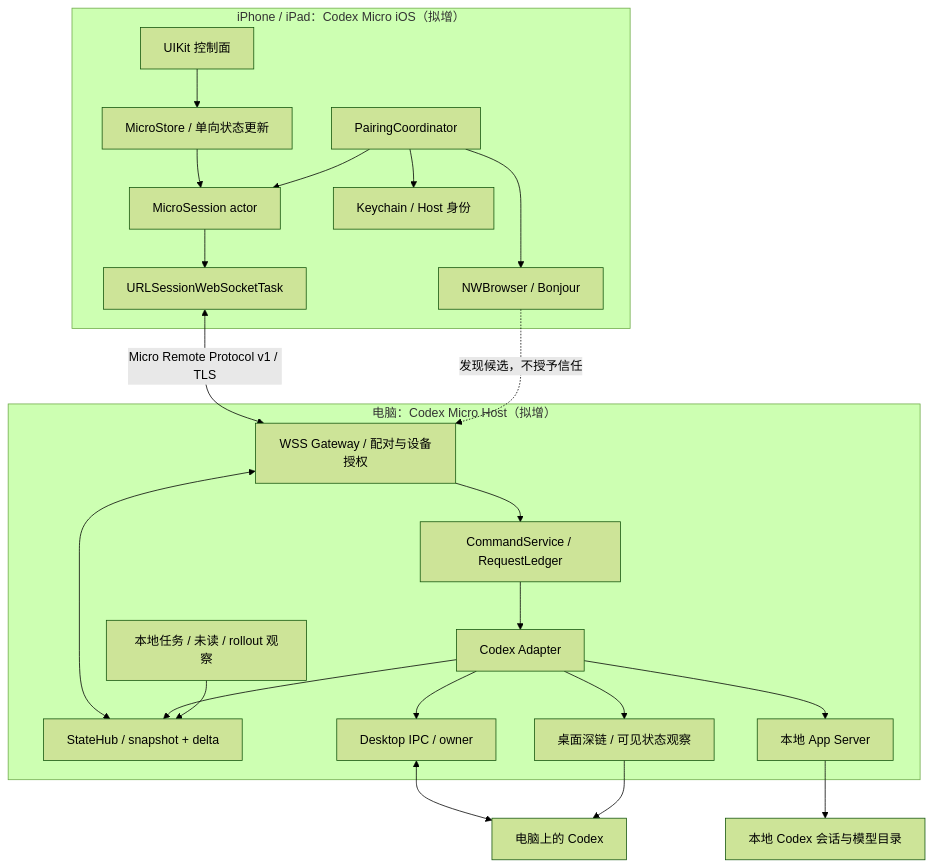
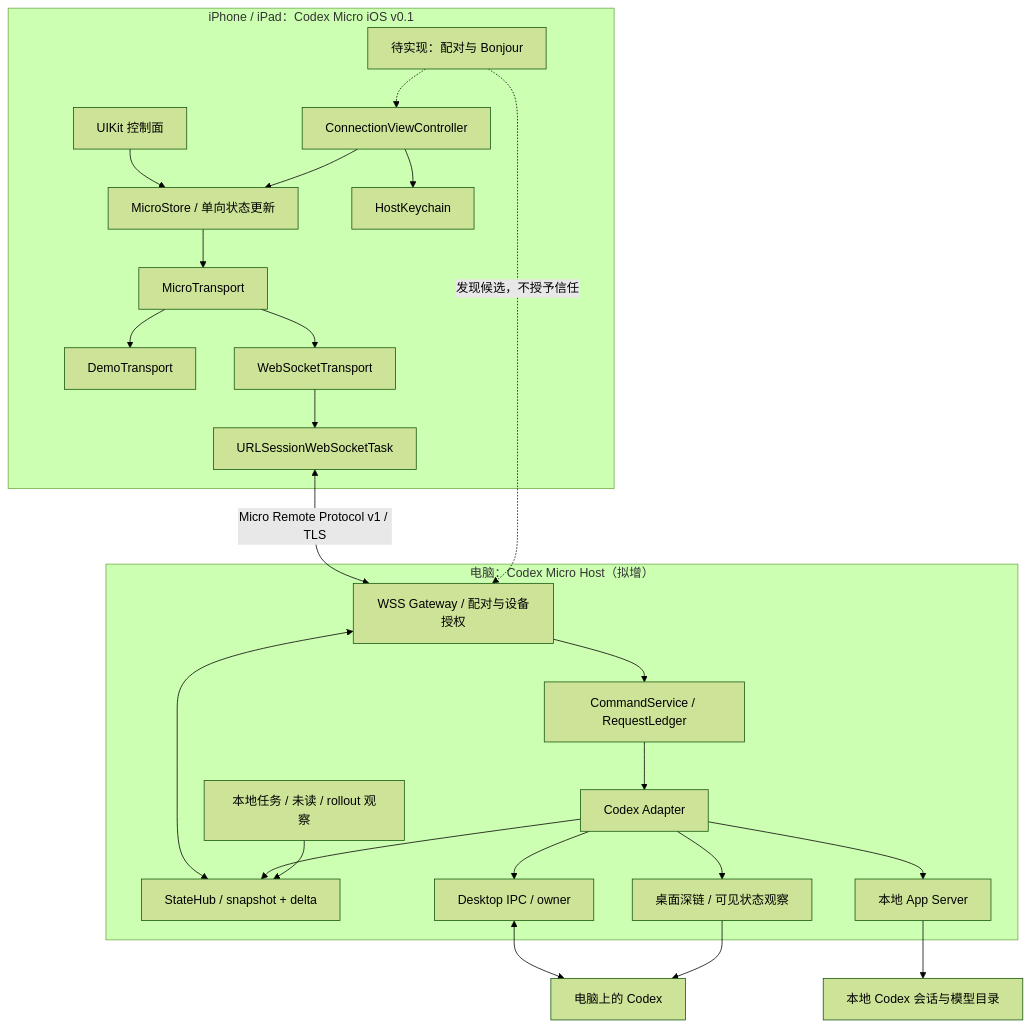
The first of 7 diagrams in docs/architecture/ios-uikit.zh-CN.md (gantrol/codex-micro-monitor), drawn with Mermaid (forest theme) before and after one commit. The commit also changed other lines of this file and 33 other files, not shown here.

Commit message:
chore: preserve historical UIKit prototype outside desktop roadmap

````diff
--- a/docs/architecture/ios-uikit.zh-CN.md
+++ b/docs/architecture/ios-uikit.zh-CN.md
@@ -29,26 +31,28 @@
 ```mermaid
 flowchart TB
-    subgraph IOS["iPhone / iPad：Codex Micro iOS（拟增）"]
+    subgraph IOS["iPhone / iPad：Codex Micro iOS v0.1"]
         UIKit["UIKit 控制面"] --> Store["MicroStore / 单向状态更新"]
-        Store --> Session["MicroSession actor"]
-        Session --> Socket["URLSessionWebSocketTask"]
-        Pairing["PairingCoordinator"] --> Discovery["NWBrowser / Bonjour"]
-        Pairing --> Keys["Keychain / Host 身份"]
-        Pairing --> Session
+        Store --> Session["MicroTransport"]
+        Session --> Demo["DemoTransport"]
+        Session --> Live["WebSocketTransport"]
+        Live --> Socket["URLSessionWebSocketTask"]
+        Settings["ConnectionViewController"] --> Keys["HostKeychain"]
+        Settings --> Store
+        Pairing["待实现：配对与 Bonjour"] -.-> Settings
     end
     subgraph HOST["电脑：Codex Micro Host（拟增）"]
         Gateway["WSS Gateway / 配对与设备授权"] --> Commands["CommandService / RequestLedger"]
         Gateway <--> State["StateHub / snapshot + delta"]
         Commands --> Adapter["Codex Adapter"]
         Adapter --> IPC["Desktop IPC / owner"]
         Adapter --> Server["本地 App Server"]
         Adapter --> Navigation["桌面深链 / 可见状态观察"]
         Adapter --> State
         Readers["本地任务 / 未读 / rollout 观察"] --> State
     end
     Socket <-->|"Micro Remote Protocol v1 / TLS"| Gateway
-    Discovery -.->|"发现候选，不授予信任"| Gateway
+    Pairing -.->|"发现候选，不授予信任"| Gateway
     IPC <--> Codex["电脑上的 Codex"]
     Server --> Data["本地 Codex 会话与模型目录"]
     Navigation --> Codex
 ```
````
